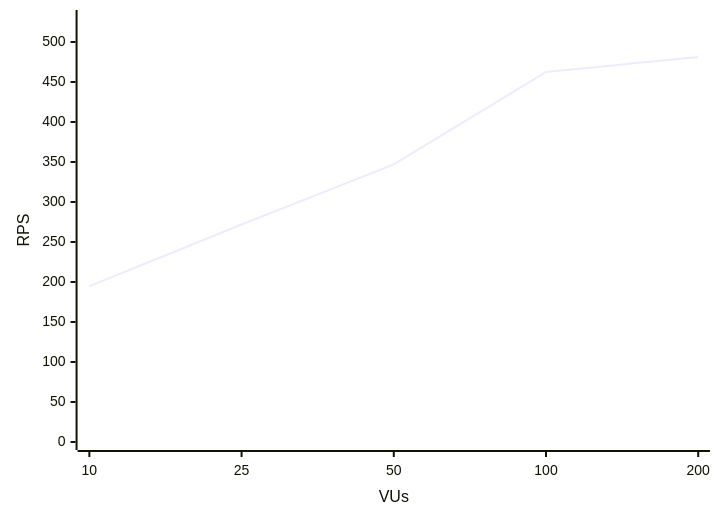
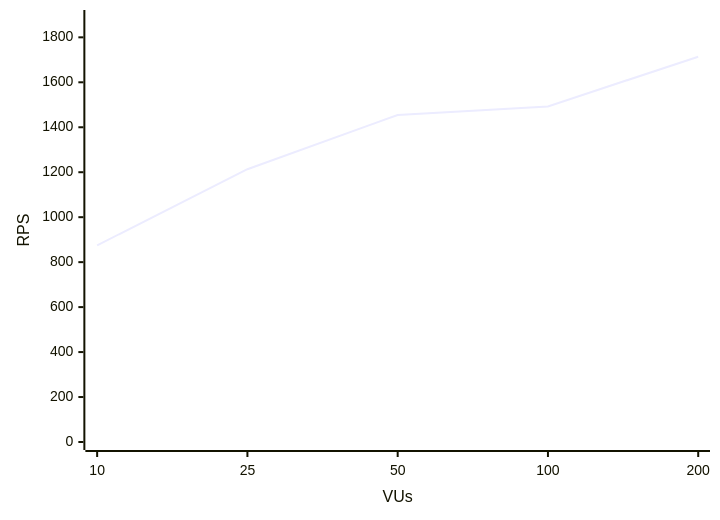
One commit to LYarmoliuk/OnlineTesting changed the first of 4 diagrams in docs/lab5-write-workflow.md. Above: the diagram before and after it, drawn with Mermaid. The commit also changed other lines of this file and 52 other files, not shown here.

````diff
--- a/docs/lab5-write-workflow.md
+++ b/docs/lab5-write-workflow.md
@@ -40,6 +45,6 @@
 ```mermaid
 xychart-beta
   x-axis VUs [10, 25, 50, 100, 200]
-  y-axis RPS 0 --> 530
-  line [194.76, 271.89, 346.95, 462.65, 481.11]
+  y-axis RPS 0 --> 1886
+  line [874.81, 1213.38, 1454.8, 1492.82, 1713.82]
 ```
````
